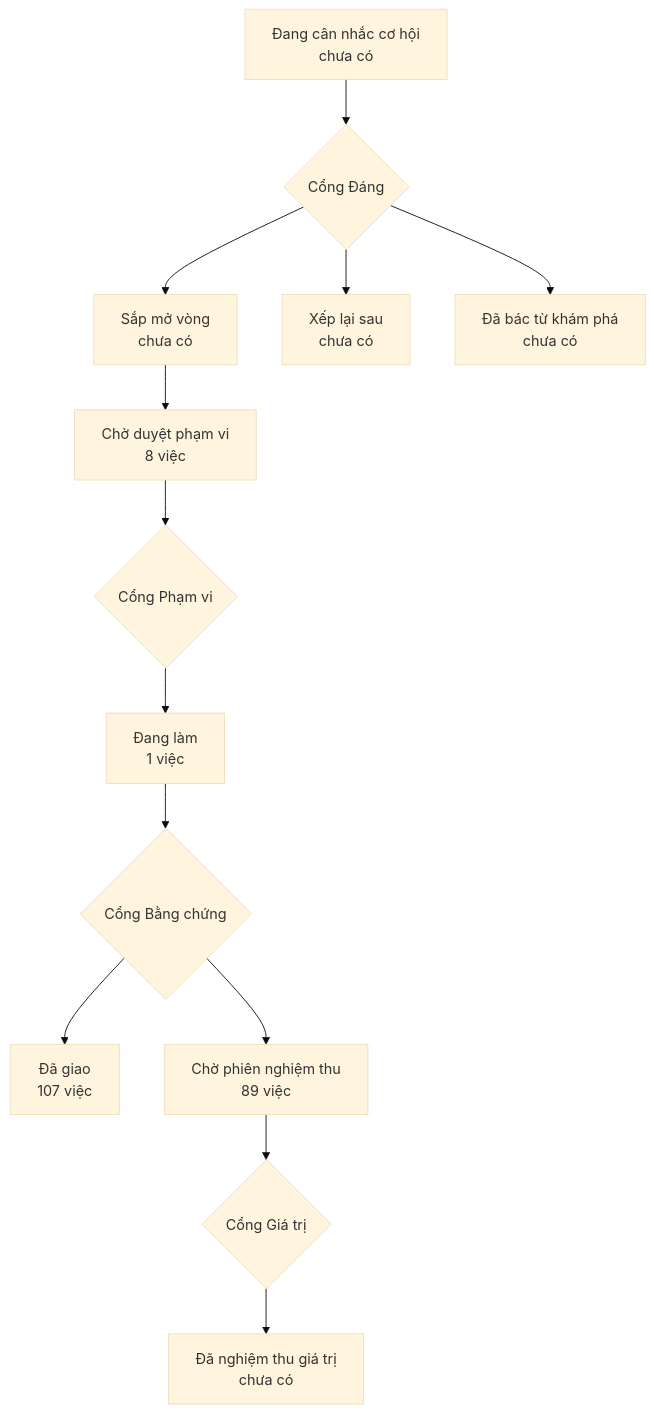
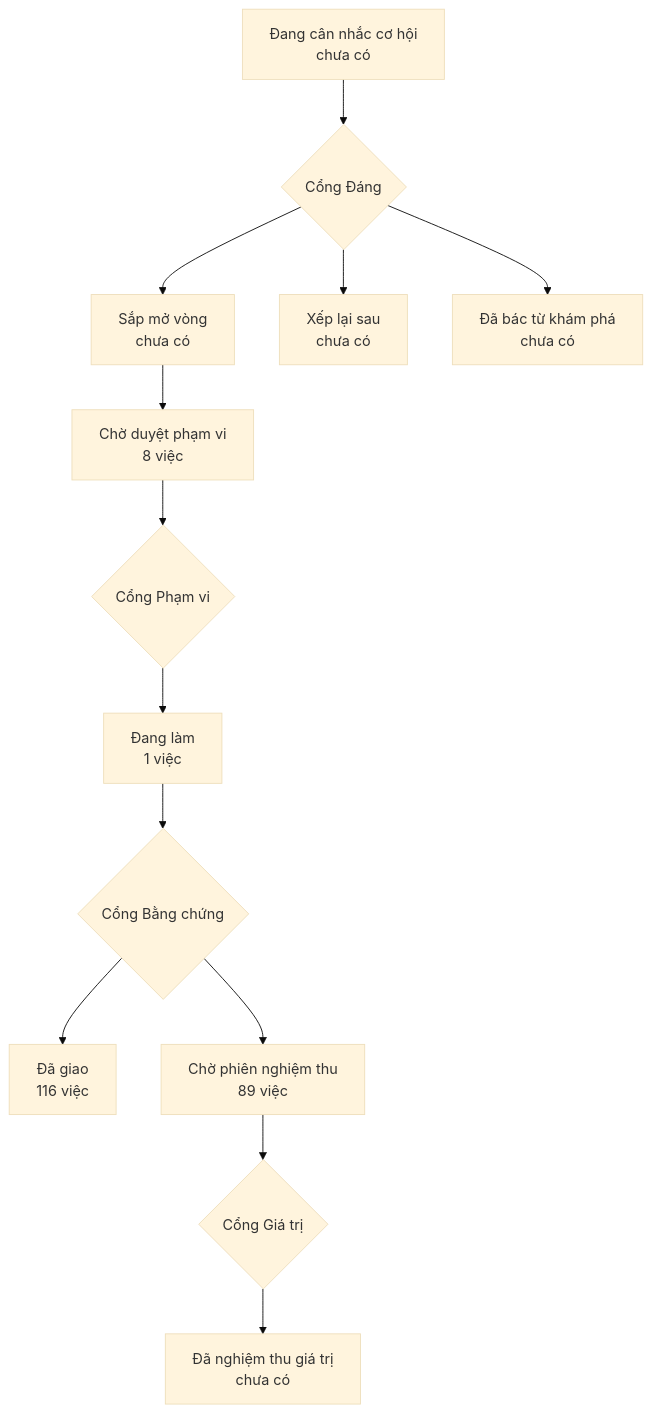
One commit to phanlemanh/onehub-invest changed the diagram in PRODUCT-MAP.md. Above: the diagram before and after it, drawn with Mermaid (base theme). The commit also changed other lines of this file and 2 other files, not shown here.

````diff
--- a/PRODUCT-MAP.md
+++ b/PRODUCT-MAP.md
@@ -7,12 +7,12 @@
 ```mermaid
 flowchart TD
   A["Đang cân nhắc cơ hội<br/>chưa có"] --> GD{"Cổng Đáng"}
   GD --> B["Sắp mở vòng<br/>chưa có"]
   GD --> XL["Xếp lại sau<br/>chưa có"]
   GD --> DB["Đã bác từ khám phá<br/>chưa có"]
   B --> CD["Chờ duyệt phạm vi<br/>8 việc"] --> GP{"Cổng Phạm vi"}
   GP --> DL["Đang làm<br/>1 việc"] --> GB{"Cổng Bằng chứng"}
-  GB --> DG["Đã giao<br/>107 việc"]
+  GB --> DG["Đã giao<br/>116 việc"]
   GB --> CN["Chờ phiên nghiệm thu<br/>89 việc"] --> GG{"Cổng Giá trị"}
   GG --> NT["Đã nghiệm thu giá trị<br/>chưa có"]
 ```
````
